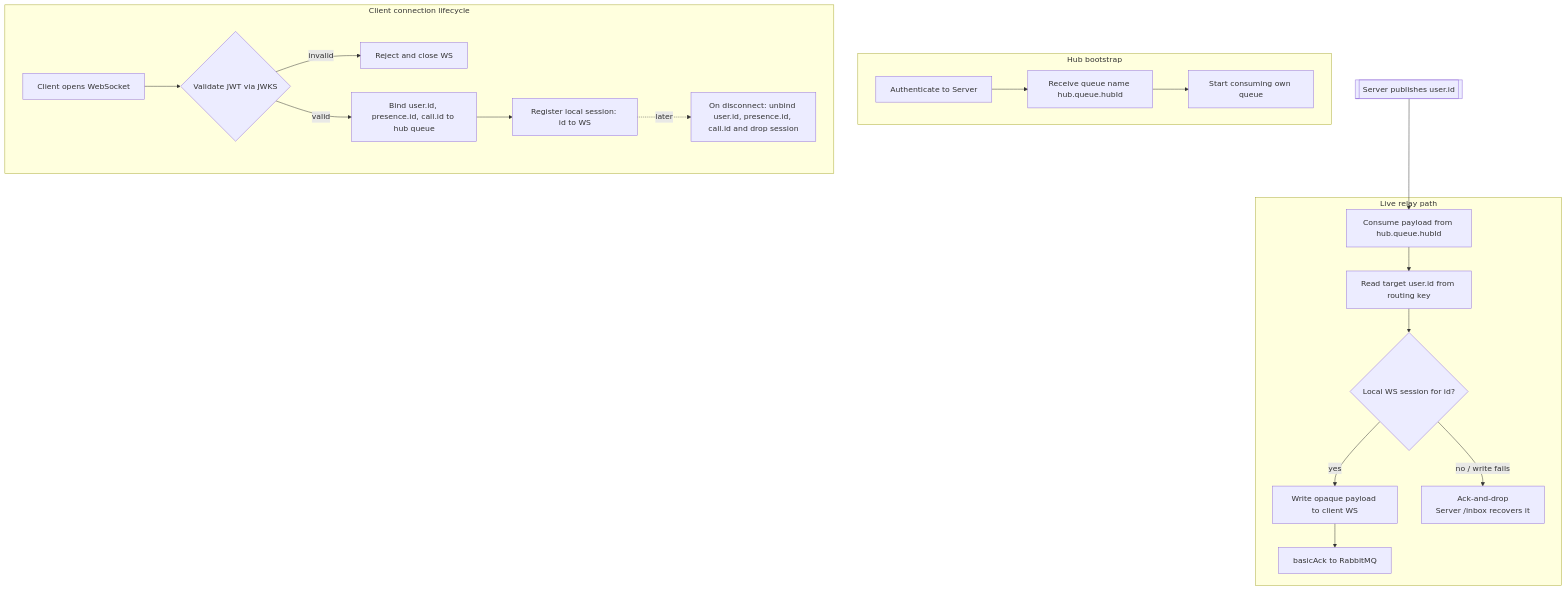
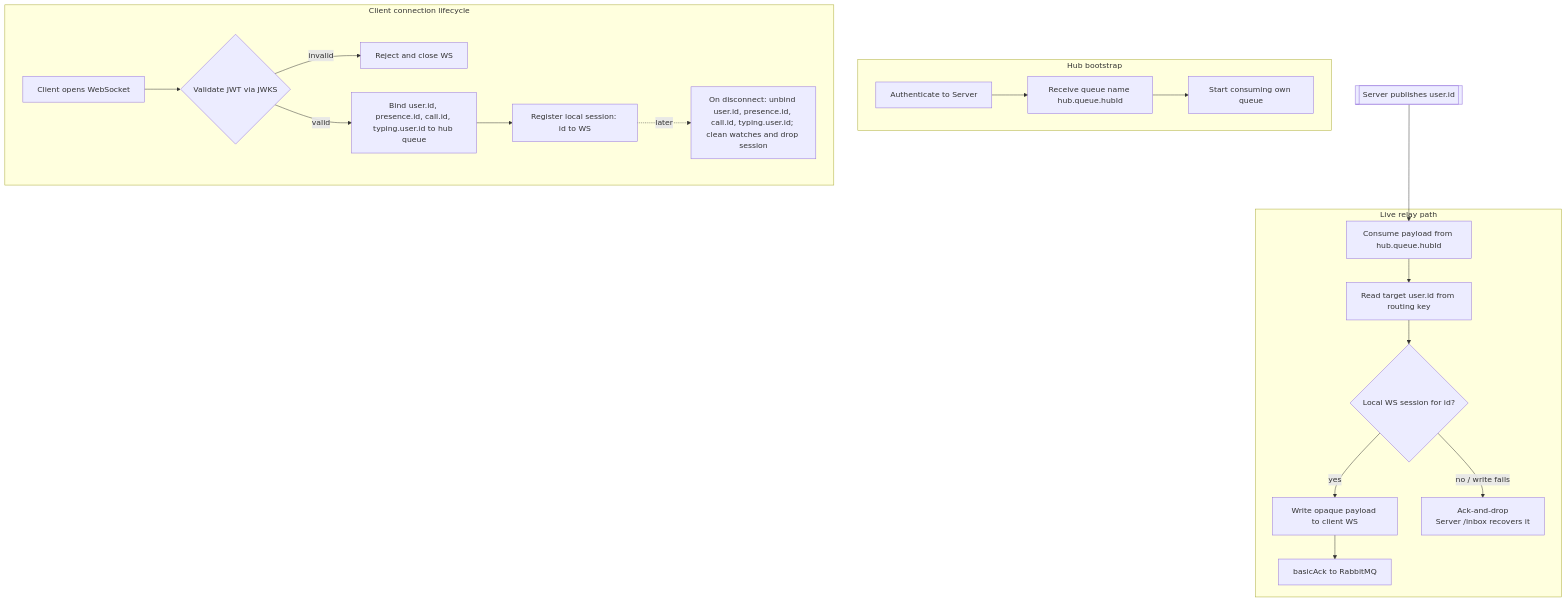
One commit to olshanskyev/fourletters-meta changed the diagram in doc/algorithms/hub-websocket-handler.md. Above: the diagram before and after it, drawn with Mermaid. The commit also changed other lines of this file and 5 other files, not shown here.

````diff
--- a/doc/algorithms/hub-websocket-handler.md
+++ b/doc/algorithms/hub-websocket-handler.md
@@ -63,44 +82,44 @@
 ```mermaid
 flowchart TD
     subgraph Boot [Hub bootstrap]
         B1[Authenticate to Server]
         B2[Receive queue name hub.queue.hubId]
         B3[Start consuming own queue]
     end
 
     subgraph ClientConn [Client connection lifecycle]
         L1[Client opens WebSocket]
         L2{Validate JWT via JWKS}
         LX[Reject and close WS]
-        L3[Bind user.id, presence.id, call.id to hub queue]
+        L3[Bind user.id, presence.id, call.id, typing.user.id to hub queue]
         L4[Register local session: id to WS]
-        L5[On disconnect: unbind user.id, presence.id, call.id and drop session]
+        L5[On disconnect: unbind user.id, presence.id, call.id, typing.user.id; clean watches and drop session]
     end
 
     subgraph Relay [Live relay path]
         R1[Consume payload from hub.queue.hubId]
         R2[Read target user.id from routing key]
         R3{Local WS session for id?}
         R4[Write opaque payload to client WS]
         R5[basicAck to RabbitMQ]
         R6[Ack-and-drop<br/>Server /inbox recovers it]
     end
 
     ServerPub[[Server publishes user.id]]
 
     %% Bootstrap
     B1 --> B2 --> B3
 
     %% Connection lifecycle
     L1 --> L2
     L2 -- invalid --> LX
     L2 -- valid --> L3 --> L4
     L4 -.->|later| L5
 
     %% Relay
     ServerPub --> R1
     R1 --> R2 --> R3
     R3 -- yes --> R4 --> R5
     R3 -- no / write fails --> R6
 
 ```
````
